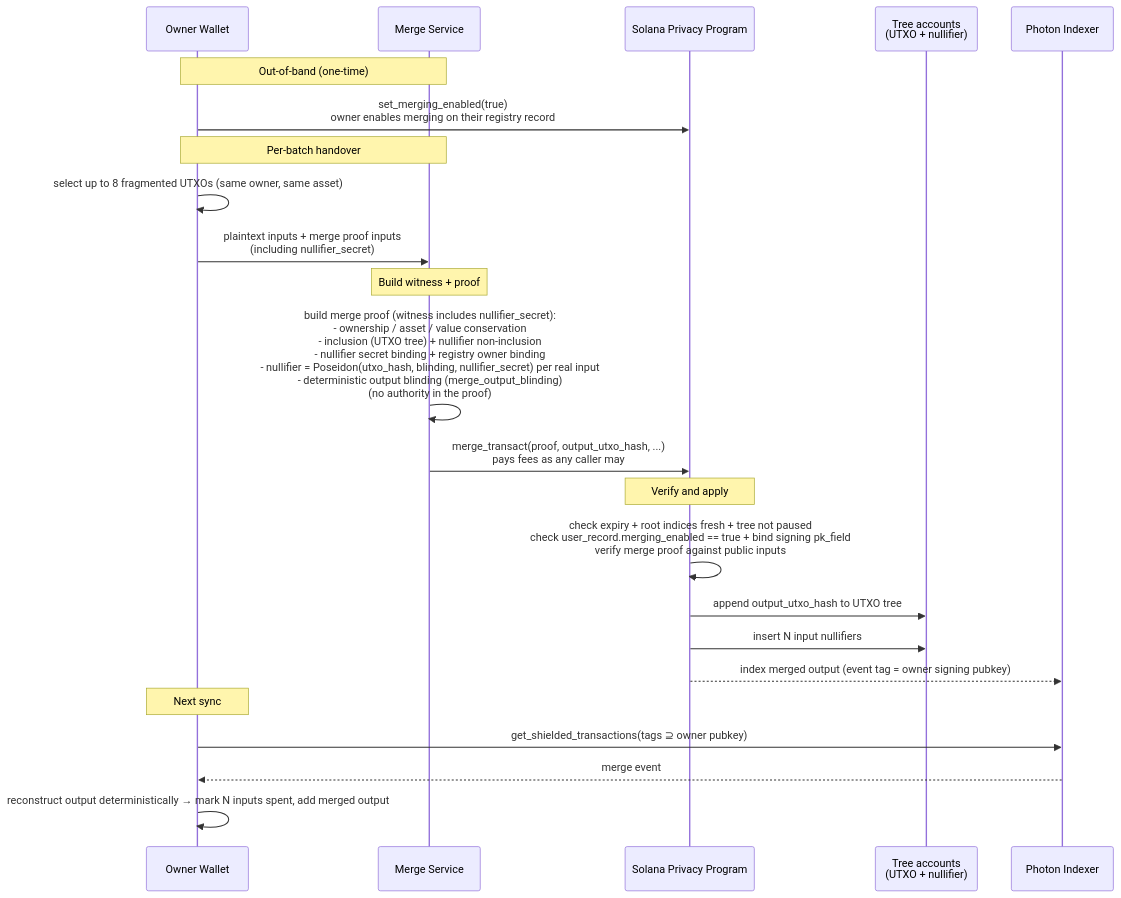
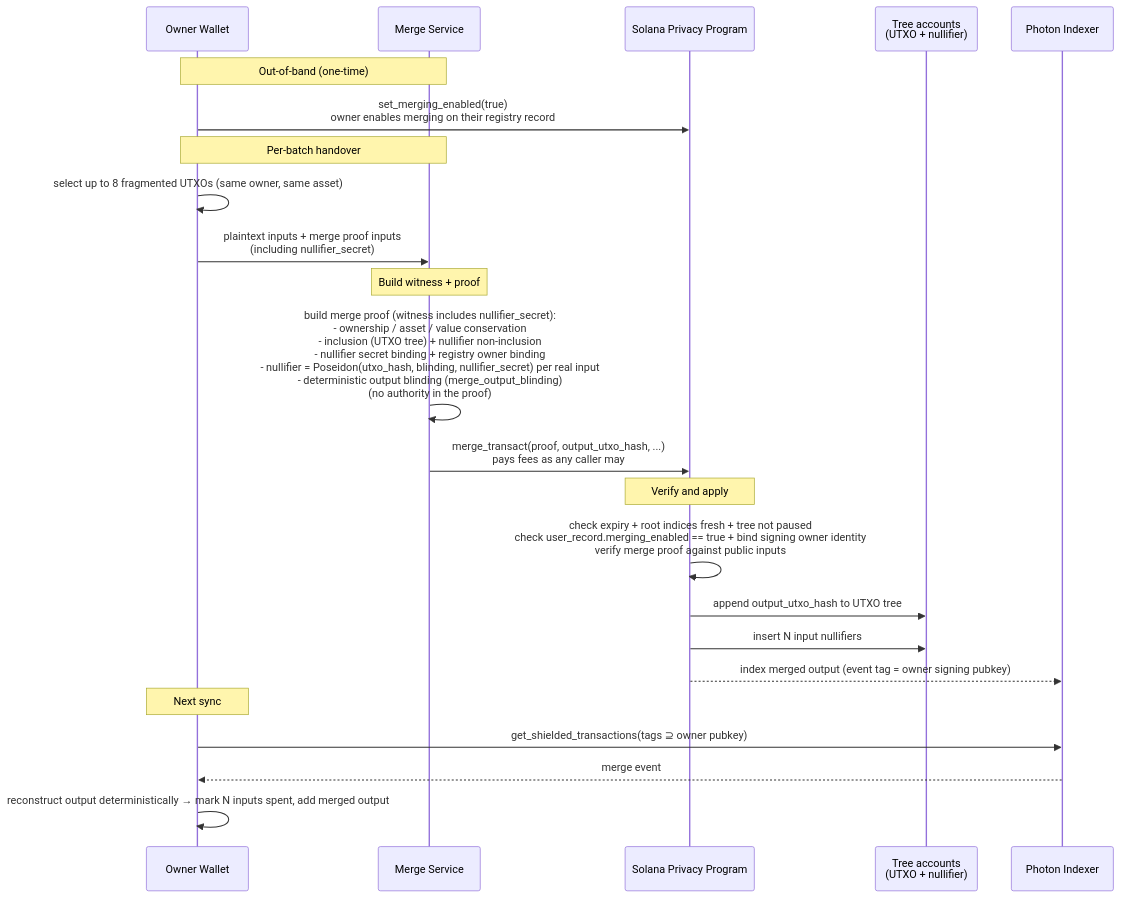
Before and after one commit to helius-labs/zolana: the fifth of 5 diagrams in docs/spec.md, drawn with Mermaid. The commit also changed other lines of this file and 270 other files, not shown here.

````diff
--- a/docs/spec.md
+++ b/docs/spec.md
@@ -2530,30 +2587,30 @@
 ```mermaid
 sequenceDiagram
     participant Wallet as Owner Wallet
     participant Merge as Merge Service
     participant SPP as Solana Privacy Program
     participant Trees as Tree accounts<br/>(UTXO + nullifier)
     participant Indexer as Photon Indexer
 
     Note over Merge,Wallet: Out-of-band (one-time)
     Wallet->>SPP: set_merging_enabled(true)<br/>owner enables merging on their registry record
 
     Note over Wallet,Merge: Per-batch handover
     Wallet->>Wallet: select up to 8 fragmented UTXOs (same owner, same asset)
     Wallet->>Merge: plaintext inputs + merge proof inputs<br/>(including nullifier_secret)
 
     Note over Merge: Build witness + proof
     Merge->>Merge: build merge proof (witness includes nullifier_secret):<br/>- ownership / asset / value conservation<br/>- inclusion (UTXO tree) + nullifier non-inclusion<br/>- nullifier secret binding + registry owner binding<br/>- nullifier = Poseidon(utxo_hash, blinding, nullifier_secret) per real input<br/>- deterministic output blinding (merge_output_blinding)<br/>(no authority in the proof)
     Merge->>SPP: merge_transact(proof, output_utxo_hash, ...)<br/>pays fees as any caller may
 
     Note over SPP: Verify and apply
-    SPP->>SPP: check expiry + root indices fresh + tree not paused<br/>check user_record.merging_enabled == true + bind signing pk_field<br/>verify merge proof against public inputs
+    SPP->>SPP: check expiry + root indices fresh + tree not paused<br/>check user_record.merging_enabled == true + bind signing owner identity<br/>verify merge proof against public inputs
     SPP->>Trees: append output_utxo_hash to UTXO tree
     SPP->>Trees: insert N input nullifiers
     SPP-->>Indexer: index merged output (event tag = owner signing pubkey)
 
     Note over Wallet: Next sync
     Wallet->>Indexer: get_shielded_transactions(tags ⊇ owner pubkey)
     Indexer-->>Wallet: merge event
     Wallet->>Wallet: reconstruct output deterministically → mark N inputs spent, add merged output
 ```
````
